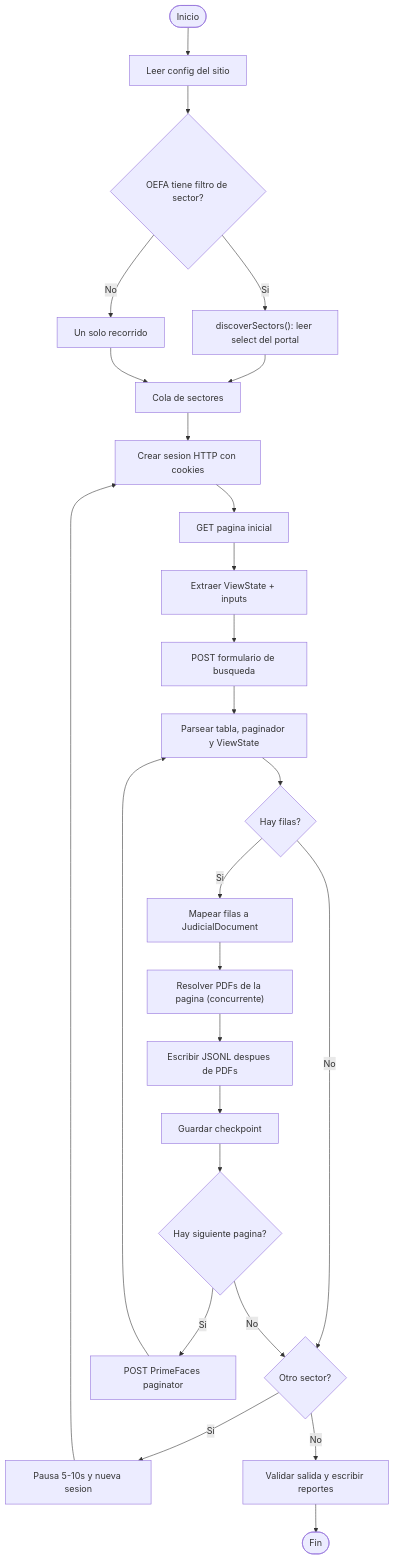
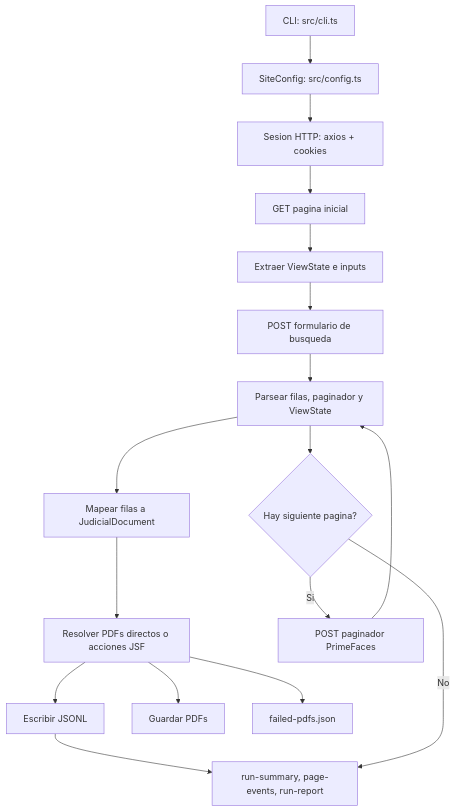
One commit to GatoProgramador-01/pj-peru-scraper changed the first of 4 diagrams in README.md. Above: the diagram before and after it, drawn with Mermaid. The commit also changed other lines of this file, not shown here.

Commit message:
docs(readme): prepare first deliverable guide

````diff
--- a/README.md
+++ b/README.md
@@ -125,29 +66,19 @@
 ```mermaid
 flowchart TD
-    Start([Inicio]) --> Config["Leer config del sitio"]
-    Config --> Sectors{"OEFA tiene filtro de sector?"}
-    Sectors -->|Si| Discover["discoverSectors(): leer select del portal"]
-    Sectors -->|No| One["Un solo recorrido"]
-    Discover --> Queue["Cola de sectores"]
-    One --> Queue
-
-    Queue --> Session["Crear sesion HTTP con cookies"]
-    Session --> FirstGet["GET pagina inicial"]
-    FirstGet --> ParseState["Extraer ViewState + inputs"]
-    ParseState --> Search["POST formulario de busqueda"]
-    Search --> Page["Parsear tabla, paginador y ViewState"]
-    Page --> Rows{"Hay filas?"}
-    Rows -->|No| NextSector{"Otro sector?"}
-    Rows -->|Si| Docs["Mapear filas a JudicialDocument"]
-    Docs --> PdfFlow["Resolver PDFs de la pagina (concurrente)"]
-    PdfFlow --> Write["Escribir JSONL despues de PDFs"]
-    Write --> Checkpoint["Guardar checkpoint"]
-    Checkpoint --> MorePages{"Hay siguiente pagina?"}
-    MorePages -->|Si| NextPost["POST PrimeFaces paginator"]
-    NextPost --> Page
-    MorePages -->|No| NextSector
-    NextSector -->|Si| Pause["Pausa 5-10s y nueva sesion"]
-    Pause --> Session
-    NextSector -->|No| Reports["Validar salida y escribir reportes"]
-    Reports --> End([Fin])
+    CLI["CLI: src/cli.ts"] --> Config["SiteConfig: src/config.ts"]
+    Config --> Session["Sesion HTTP: axios + cookies"]
+    Session --> Start["GET pagina inicial"]
+    Start --> ViewState["Extraer ViewState e inputs"]
+    ViewState --> Search["POST formulario de busqueda"]
+    Search --> Page["Parsear filas, paginador y ViewState"]
+    Page --> Docs["Mapear filas a JudicialDocument"]
+    Docs --> PDFs["Resolver PDFs directos o acciones JSF"]
+    PDFs --> JSONL["Escribir JSONL"]
+    PDFs --> PdfDir["Guardar PDFs"]
+    JSONL --> Reports["run-summary, page-events, run-report"]
+    PDFs --> Failed["failed-pdfs.json"]
+    Page --> Next{"Hay siguiente pagina?"}
+    Next -->|Si| Paginator["POST paginador PrimeFaces"]
+    Paginator --> Page
+    Next -->|No| Reports
 ```
````
